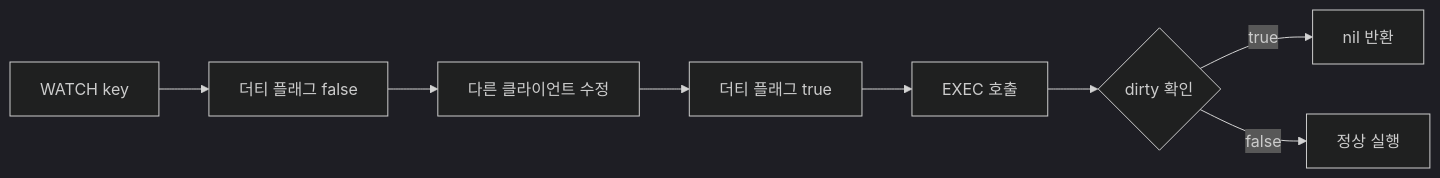
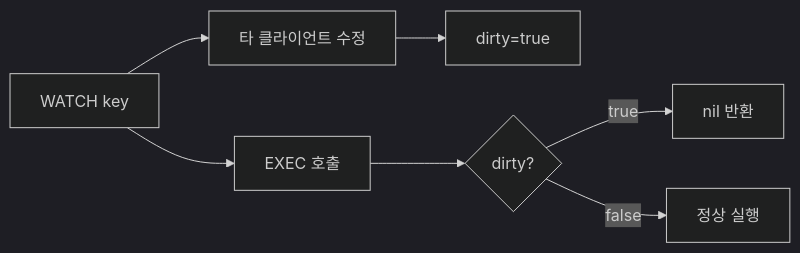
Before and after one commit to yjkim2015/yjkim2015.github.io: the second of 4 diagrams in _posts/redis/2026-05-12-redis-transaction.md, drawn with Mermaid (dark theme). The commit also changed other lines of this file and 245 other files, not shown here.

First line of the commit message:
Mermaid 다이어그램 전면 수정 + 면접 포인트 접기/펼치기 + DB 데드락 페이지

````diff
--- a/_posts/redis/2026-05-12-redis-transaction.md
+++ b/_posts/redis/2026-05-12-redis-transaction.md
@@ -237,10 +237,9 @@
 ```mermaid
 graph LR
-    A[WATCH key] --> B[더티 플래그 false]
-    B --> C[다른 클라이언트 수정]
-    C --> D[더티 플래그 true]
-    D --> E[EXEC 호출]
-    E --> F{dirty 확인}
-    F -->|true| G[nil 반환]
-    F -->|false| H[정상 실행]
+    A[WATCH key] --> B[타 클라이언트 수정]
+    B --> C[dirty=true]
+    A --> D[EXEC 호출]
+    D --> E{dirty?}
+    E -->|true| F[nil 반환]
+    E -->|false| G[정상 실행]
 ```
````
